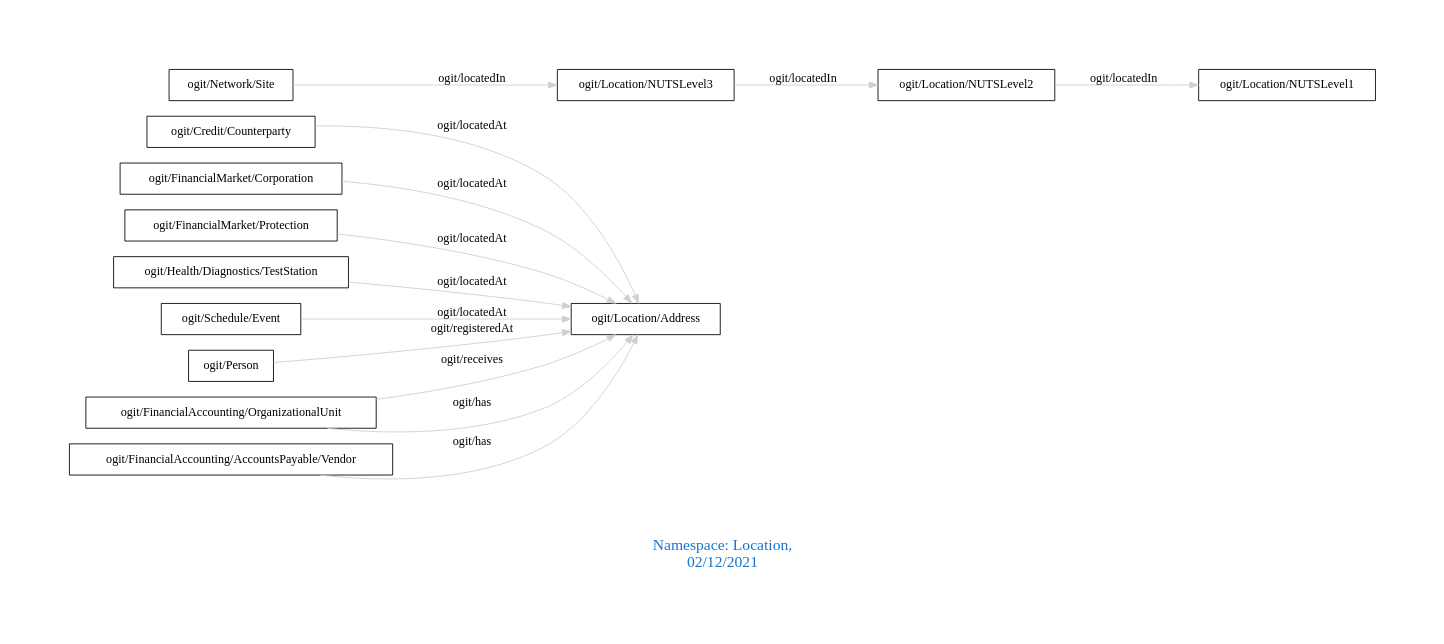
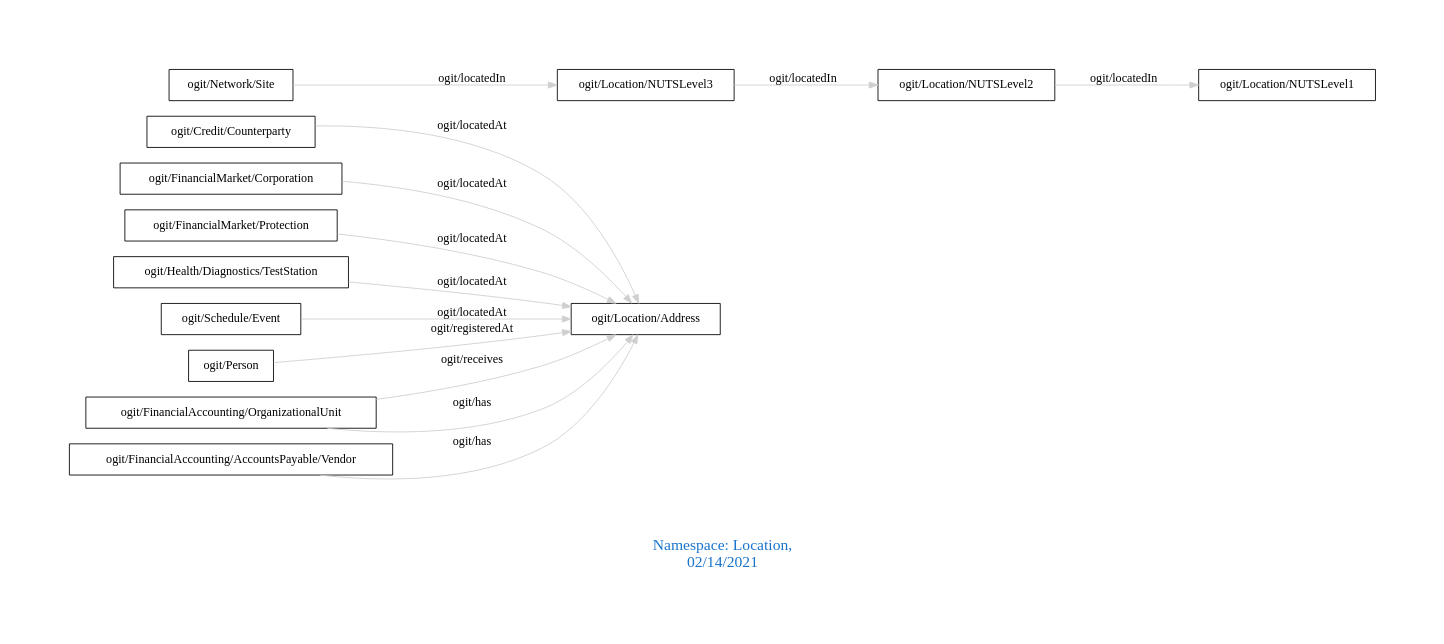
The diagram in downloads/Location.dot (arago/OGIT), drawn with Graphviz before and after one commit. The commit also changed 1844 other files, not shown here.

```diff
--- a/downloads/Location.dot
+++ b/downloads/Location.dot
@@ -1,20 +1,20 @@
 digraph OGIT_ontology {
  graph [ rankdir= LR,pad=1 
 fontsize = 18,
-fontcolor= dodgerblue3,label = "\n\n\nNamespace: Location, \n 02/12/2021"];
+fontcolor= dodgerblue3,label = "\n\n\nNamespace: Location, \n 02/14/2021"];
 node[shape=polygon];
 edge [  color="gray81"];
 
    "ogit/Credit/Counterparty" -> "ogit/Location/Address" [label="   ogit/locatedAt    "];
    "ogit/FinancialMarket/Corporation" -> "ogit/Location/Address" [label="   ogit/locatedAt    "];
    "ogit/FinancialMarket/Protection" -> "ogit/Location/Address" [label="   ogit/locatedAt    "];
    "ogit/Health/Diagnostics/TestStation" -> "ogit/Location/Address" [label="   ogit/locatedAt    "];
    "ogit/Schedule/Event" -> "ogit/Location/Address" [label="   ogit/locatedAt    "];
    "ogit/Location/NUTSLevel2" -> "ogit/Location/NUTSLevel1" [label="   ogit/locatedIn    "];
    "ogit/Location/NUTSLevel3" -> "ogit/Location/NUTSLevel2" [label="   ogit/locatedIn    "];
    "ogit/Network/Site" -> "ogit/Location/NUTSLevel3" [label="   ogit/locatedIn    "];
    "ogit/Person" -> "ogit/Location/Address" [label="   ogit/registeredAt    "];
    "ogit/FinancialAccounting/OrganizationalUnit" -> "ogit/Location/Address" [label="   ogit/receives    "];
    "ogit/FinancialAccounting/AccountsPayable/Vendor" -> "ogit/Location/Address" [label="   ogit/has    "];
    "ogit/FinancialAccounting/OrganizationalUnit" -> "ogit/Location/Address" [label="   ogit/has    "];
 }
```
